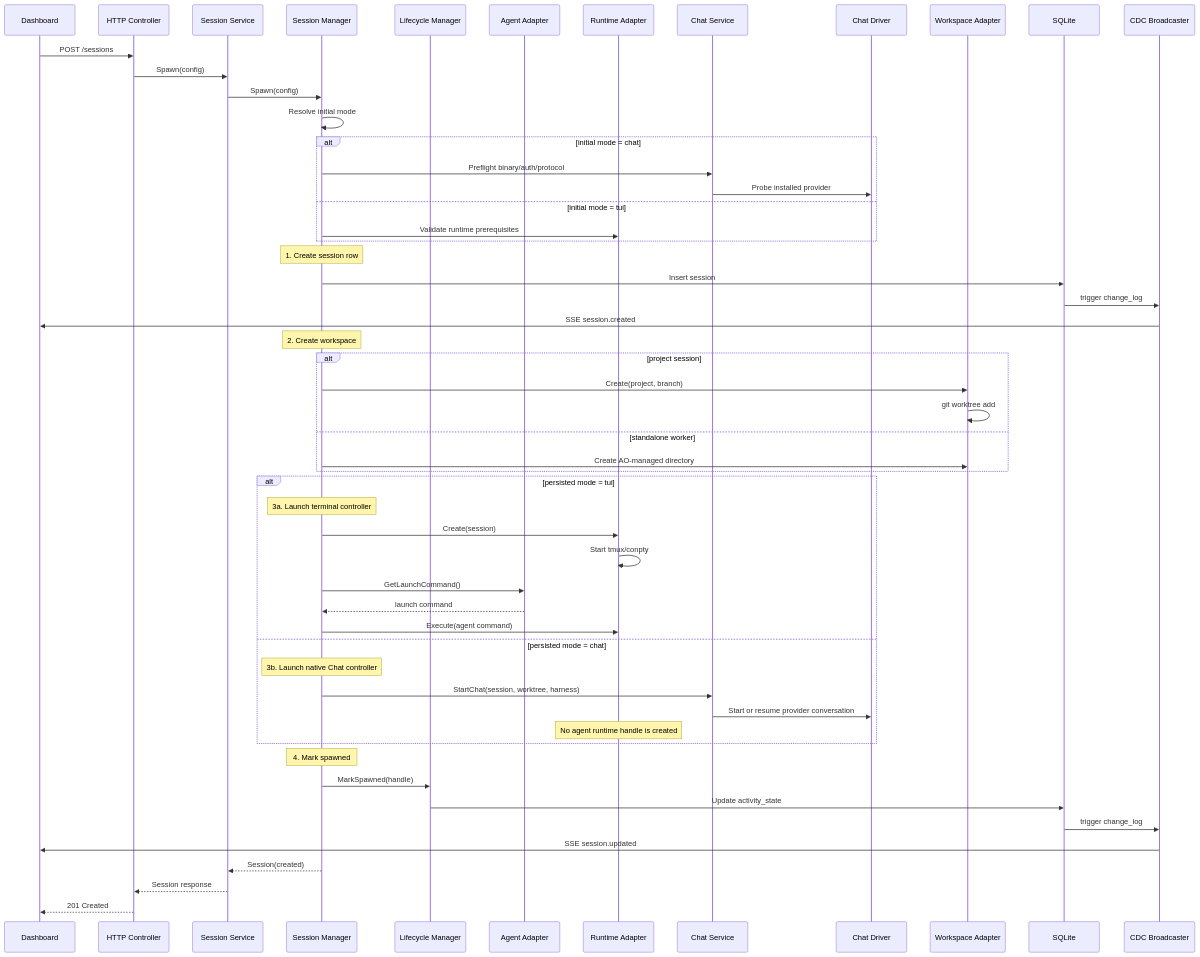
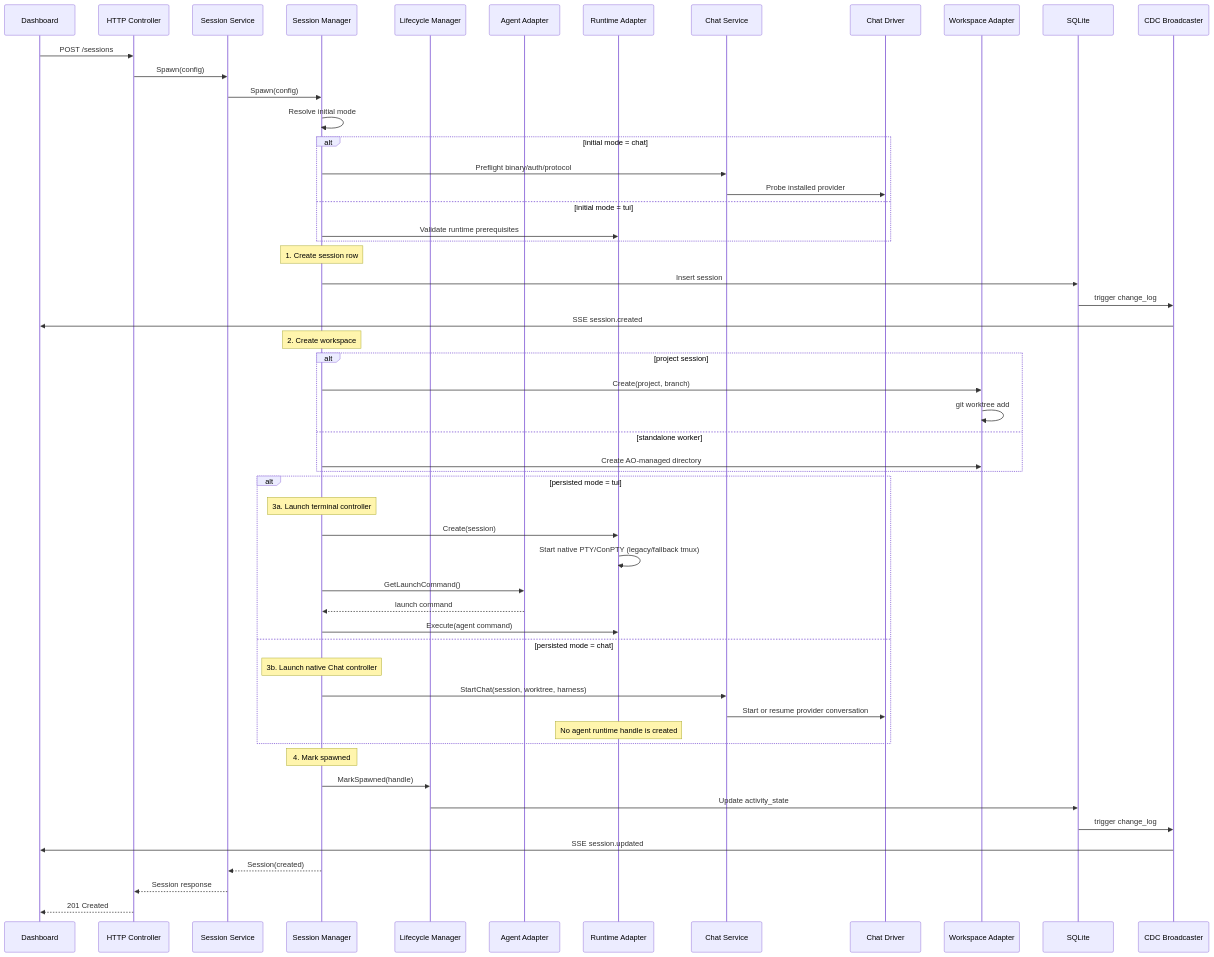
One commit to OrchestratorInc/agent-orchestrator changed the sixth of 24 diagrams in docs/architecture.md. Above: the diagram before and after it, drawn with Mermaid. The commit also changed other lines of this file and 48 other files, not shown here.

````diff
--- a/docs/architecture.md
+++ b/docs/architecture.md
@@ -225,64 +225,64 @@
 ```mermaid
 sequenceDiagram
     participant UI as Dashboard
     participant HTTP as HTTP Controller
     participant Svc as Session Service
     participant Mgr as Session Manager
     participant LCM as Lifecycle Manager
     participant Agent as Agent Adapter
     participant Runtime as Runtime Adapter
     participant ChatSvc as Chat Service
     participant ChatDriver as Chat Driver
     participant WS as Workspace Adapter
     participant DB as SQLite
     participant CDC as CDC Broadcaster
 
     UI->>HTTP: POST /sessions
     HTTP->>Svc: Spawn(config)
     Svc->>Mgr: Spawn(config)
 
     Mgr->>Mgr: Resolve initial mode
     alt initial mode = chat
         Mgr->>ChatSvc: Preflight binary/auth/protocol
         ChatSvc->>ChatDriver: Probe installed provider
     else initial mode = tui
         Mgr->>Runtime: Validate runtime prerequisites
     end
 
     Note over Mgr: 1. Create session row
     Mgr->>DB: Insert session
     DB->>CDC: trigger change_log
     CDC->>UI: SSE session.created
 
     Note over Mgr: 2. Create workspace
     alt project session
         Mgr->>WS: Create(project, branch)
         WS->>WS: git worktree add
     else standalone worker
         Mgr->>WS: Create AO-managed directory
     end
 
     alt persisted mode = tui
         Note over Mgr: 3a. Launch terminal controller
         Mgr->>Runtime: Create(session)
-        Runtime->>Runtime: Start tmux/conpty
+        Runtime->>Runtime: Start native PTY/ConPTY (legacy/fallback tmux)
         Mgr->>Agent: GetLaunchCommand()
         Agent-->>Mgr: launch command
         Mgr->>Runtime: Execute(agent command)
     else persisted mode = chat
         Note over Mgr: 3b. Launch native Chat controller
         Mgr->>ChatSvc: StartChat(session, worktree, harness)
         ChatSvc->>ChatDriver: Start or resume provider conversation
         Note over Runtime: No agent runtime handle is created
     end
 
     Note over Mgr: 4. Mark spawned
     Mgr->>LCM: MarkSpawned(handle)
     LCM->>DB: Update activity_state
     DB->>CDC: trigger change_log
     CDC->>UI: SSE session.updated
 
     Mgr-->>Svc: Session(created)
     Svc-->>HTTP: Session response
     HTTP-->>UI: 201 Created
 ```
````
